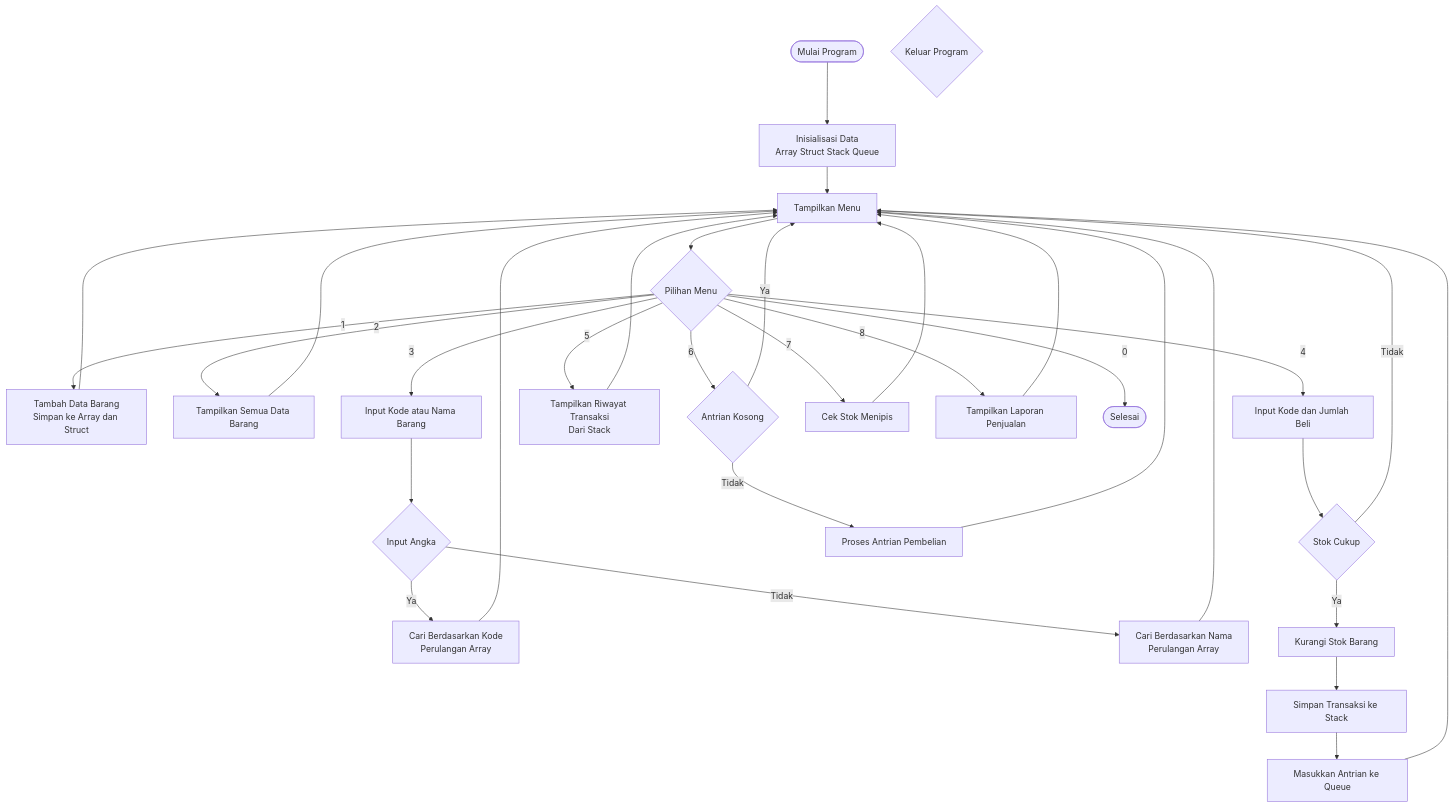
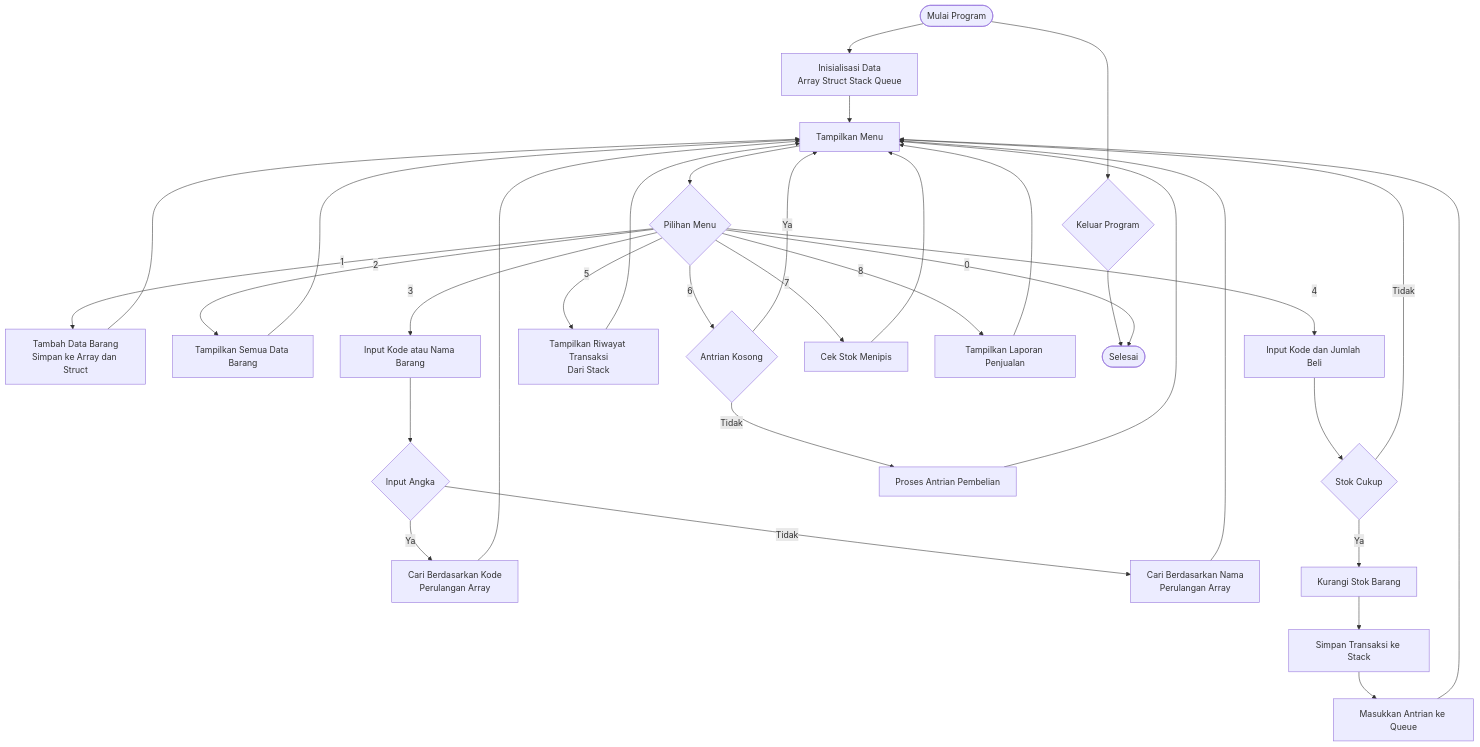
The diagram in flowchart_tokoku.mermaid (FrideyAlpha/Tugas_Struktur_Data_Algoritma), drawn with Mermaid before and after one commit.

Commit message:
tambahkan alur keluar program pada flowchart

```diff
--- a/flowchart_tokoku.mermaid
+++ b/flowchart_tokoku.mermaid
@@ -1,49 +1,49 @@
 flowchart TD
     A([Mulai Program])
     B[Inisialisasi Data\nArray Struct Stack Queue]
     C[Tampilkan Menu]
     D{Pilihan Menu}
 
     E[Tambah Data Barang\nSimpan ke Array dan Struct]
     F[Tampilkan Semua Data Barang]
 
     G[Input Kode atau Nama Barang]
     H{Input Angka}
     I[Cari Berdasarkan Kode\nPerulangan Array]
     J[Cari Berdasarkan Nama\nPerulangan Array]
 
     K[Input Kode dan Jumlah Beli]
     L{Stok Cukup}
     M[Kurangi Stok Barang]
     N[Simpan Transaksi ke Stack]
     O[Masukkan Antrian ke Queue]
 
     P[Tampilkan Riwayat Transaksi\nDari Stack]
 
     Q{Antrian Kosong}
     R[Proses Antrian Pembelian]
 
     S[Cek Stok Menipis]
 
     T[Tampilkan Laporan Penjualan]
 
     U{Keluar Program}
     V([Selesai])
 
     A --> B --> C --> D
-
+    A --> U --> V
     D -->|1| E --> C
     D -->|2| F --> C
     D -->|3| G --> H
     H -->|Ya| I --> C
     H -->|Tidak| J --> C
     D -->|4| K --> L
     L -->|Ya| M --> N --> O --> C
     L -->|Tidak| C
     D -->|5| P --> C
     D -->|6| Q
     Q -->|Tidak| R --> C
     Q -->|Ya| C
     D -->|7| S --> C
     D -->|8| T --> C
     D -->|0| V
```
